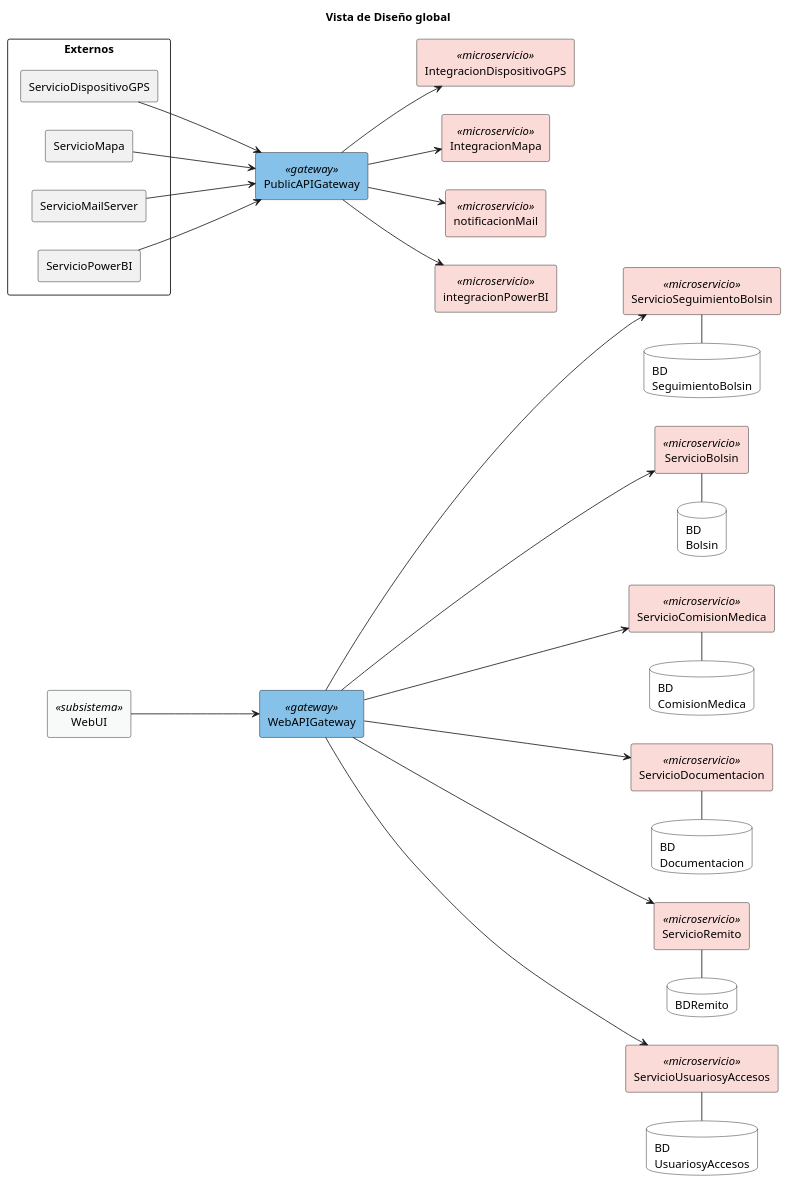
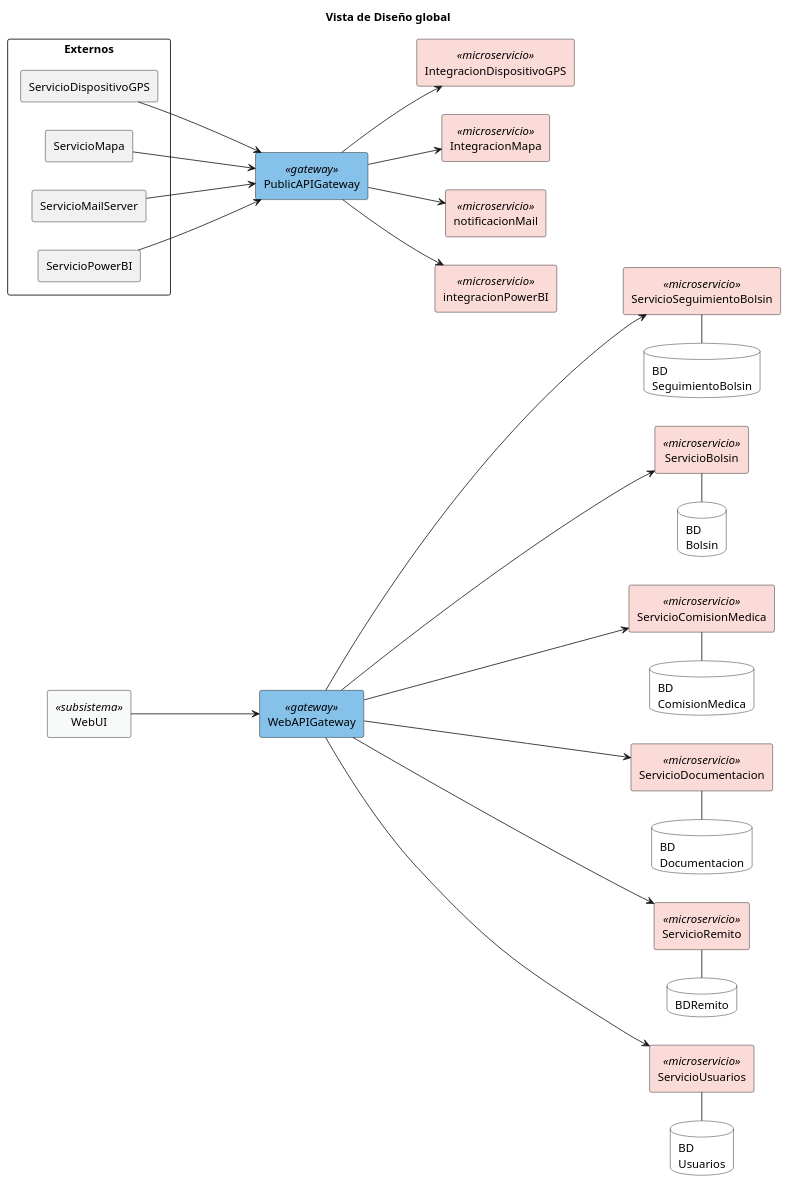
One commit to FabrizioRava/PPAI-2026-Grupo1 changed the diagram in vistasArquitectónicas/vistaDiseno_Global.plantuml. Above: the diagram before and after it, drawn with PlantUML. The commit also changed 3 other files, not shown here.

```diff
--- a/vistasArquitectónicas/vistaDiseno_Global.plantuml
+++ b/vistasArquitectónicas/vistaDiseno_Global.plantuml
@@ -1,102 +1,102 @@
 @startuml vistaDiseno_Global
 title Vista de Diseño global
 
 left to right direction
 skinparam componentStyle rectangle
 
 skinparam component {
   BackgroundColor<<gateway>> #85C1E9
   BackgroundColor<<microservicio>> #FADBD8
   BackgroundColor<<subsistema>> #F8F9F9
   BorderColor Black
 }
 
 skinparam database {
   BackgroundColor White
   BorderColor Black
 }
 
 skinparam rectangle {
   BackgroundColor transparent
   BorderColor Black
 }
 
 ' ==========================================
 ' CAPA 1: Interfaces y Sistemas Externos
 ' ==========================================
 component "WebUI" as WebUI <<subsistema>>
 
 rectangle "Externos" as SistemasExternos {
   component "ServicioDispositivoGPS" as ServicioDispositivoGPS
   component "ServicioMapa" as ServicioMapa
   component "ServicioMailServer" as ServicioMailServer
   component "ServicioPowerBI" as ServicioPowerBI
 }
 
 ' ==========================================
 ' CAPA 2: Gateways (Enrutamiento)
 ' ==========================================
 component "WebAPIGateway" as WebGateway <<gateway>>
 component "PublicAPIGateway" as PublicGateway <<gateway>>
 
 ' ==========================================
 ' CAPA 3: Microservicios y Bases de Datos
 ' ==========================================
 component "ServicioSeguimientoBolsin" as SVC_SeguimientoBolsin <<microservicio>>
 database "BD\nSeguimientoBolsin" as DB_SeguimientoBolsin
 
 component "ServicioBolsin" as SVC_Bolsin <<microservicio>>
 database "BD\nBolsin" as DB_Bolsin
 
 component "ServicioComisionMedica" as SVC_ComisionMedica <<microservicio>>
 database "BD\nComisionMedica" as DB_ComisionMedica
 
 component "ServicioDocumentacion" as SVC_Documentacion <<microservicio>>
 database "BD\nDocumentacion" as DB_Documentacion
 
-component "ServicioUsuariosyAccesos" as SVC_UsuariosyAccesos <<microservicio>>
-database "BD\nUsuariosyAccesos" as DB_UsuariosyAccesos
+component "ServicioUsuarios" as SVC_Usuarios <<microservicio>>
+database "BD\nUsuarios" as DB_Usuarios
 
 component "ServicioRemito" as SVC_Remito <<microservicio>>
 database "BDRemito" as DB_Remito
 
 component "IntegracionDispositivoGPS" as SVC_Integracion <<microservicio>>
 component "IntegracionMapa" as SVC_IntegracionMapa <<microservicio>>
 component "notificacionMail" as SVC_NotificacionMail <<microservicio>>
 component "integracionPowerBI" as SVC_IntegracionPowerBI <<microservicio>>
 ' ==========================================
 ' RELACIONES: Acoplamiento de Bases de Datos
 ' ==========================================
 ' Se usa una línea sin flecha para denotar que la BD pertenece al servicio
 SVC_SeguimientoBolsin - DB_SeguimientoBolsin
 SVC_Bolsin - DB_Bolsin
 SVC_ComisionMedica - DB_ComisionMedica
 SVC_Documentacion - DB_Documentacion
 SVC_Remito - DB_Remito
-SVC_UsuariosyAccesos - DB_UsuariosyAccesos
+SVC_Usuarios - DB_Usuarios
 
 ' ==========================================
 ' RELACIONES: Flujo de solicitudes
 ' ==========================================
 ' Entradas a los Gateways
 WebUI ---> WebGateway
 ServicioDispositivoGPS ---> PublicGateway
 ServicioMapa ---> PublicGateway
 ServicioMailServer ---> PublicGateway
 ServicioPowerBI ---> PublicGateway
 
 ' Distribución desde WebAPIGateway
 WebGateway ---> SVC_SeguimientoBolsin
 WebGateway ---> SVC_Bolsin
 WebGateway ---> SVC_ComisionMedica
 WebGateway ---> SVC_Documentacion
-WebGateway ---> SVC_UsuariosyAccesos
+WebGateway ---> SVC_Usuarios
 WebGateway ---> SVC_Remito
 
 ' Distribución desde PublicAPIGateway
 PublicGateway --> SVC_Integracion
 PublicGateway --> SVC_IntegracionMapa
 PublicGateway --> SVC_NotificacionMail
 PublicGateway --> SVC_IntegracionPowerBI
 
 @enduml
```
